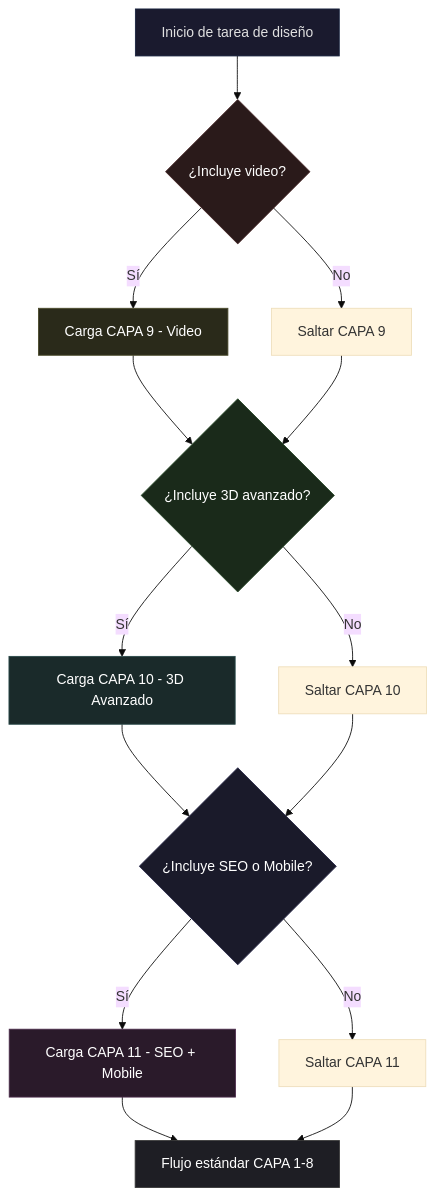
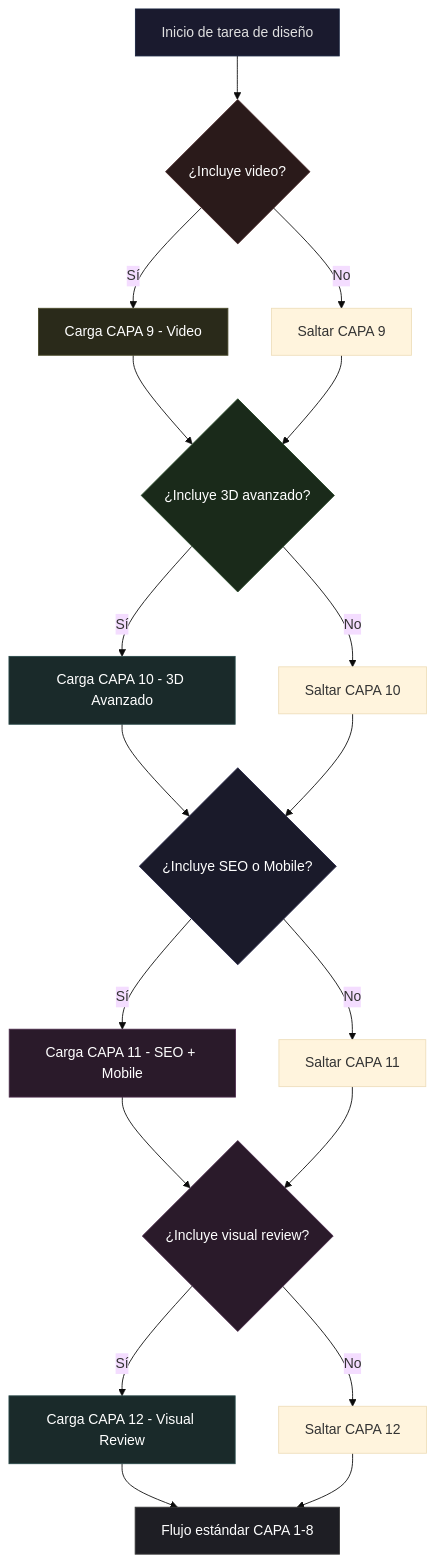
Before and after one commit to ness-e/vantadb.github.io: the first of 4 diagrams in .agent/skills/vanta-design-orchestrator/SKILL.md, drawn with Mermaid (base theme). The commit also changed other lines of this file and 126 other files, not shown here.

````diff
--- a/.agent/skills/vanta-design-orchestrator/SKILL.md
+++ b/.agent/skills/vanta-design-orchestrator/SKILL.md
@@ -56,26 +63,32 @@
 ```mermaid
 graph TD
     INICIO[Inicio de tarea de diseño] --> PREGUNTA{¿Incluye video?}
     PREGUNTA -->|Sí| C9[Carga CAPA 9 - Video]
     PREGUNTA -->|No| SIGUE1[Saltar CAPA 9]
     C9 --> P3D
     SIGUE1 --> P3D
     P3D{¿Incluye 3D avanzado?} -->|Sí| C10[Carga CAPA 10 - 3D Avanzado]
     P3D -->|No| SIGUE2[Saltar CAPA 10]
     C10 --> PSEO
     SIGUE2 --> PSEO
     PSEO{¿Incluye SEO o Mobile?} -->|Sí| C11[Carga CAPA 11 - SEO + Mobile]
     PSEO -->|No| SIGUE3[Saltar CAPA 11]
-    C11 --> FLUJO
-    SIGUE3 --> FLUJO
+    C11 --> PVR
+    SIGUE3 --> PVR
+    PVR{¿Incluye visual review?} -->|Sí| C12[Carga CAPA 12 - Visual Review]
+    PVR -->|No| SIGUE4[Saltar CAPA 12]
+    C12 --> FLUJO
+    SIGUE4 --> FLUJO
     FLUJO[Flujo estándar CAPA 1-8]
 
     style INICIO fill:#1a1a2e,stroke:#16213e,color:#e0e0e0
     style PREGUNTA fill:#2a1a1a,stroke:#4a2a2a,color:#fff
     style P3D fill:#1a2a1a,stroke:#2a4a2a,color:#fff
     style PSEO fill:#1a1a2a,stroke:#2a2a4a,color:#fff
     style C9 fill:#2a2a1a,stroke:#4a4a2a,color:#fff
     style C10 fill:#1a2a2a,stroke:#2a4a4a,color:#fff
     style C11 fill:#2a1a2a,stroke:#4a2a4a,color:#fff
+    style PVR fill:#2a1a2a,stroke:#4a2a4a,color:#fff
+    style C12 fill:#1a2a2a,stroke:#2a4a4a,color:#fff
     style FLUJO fill:#1e1e24,stroke:#3a3a3a,color:#fff
 ```
````
